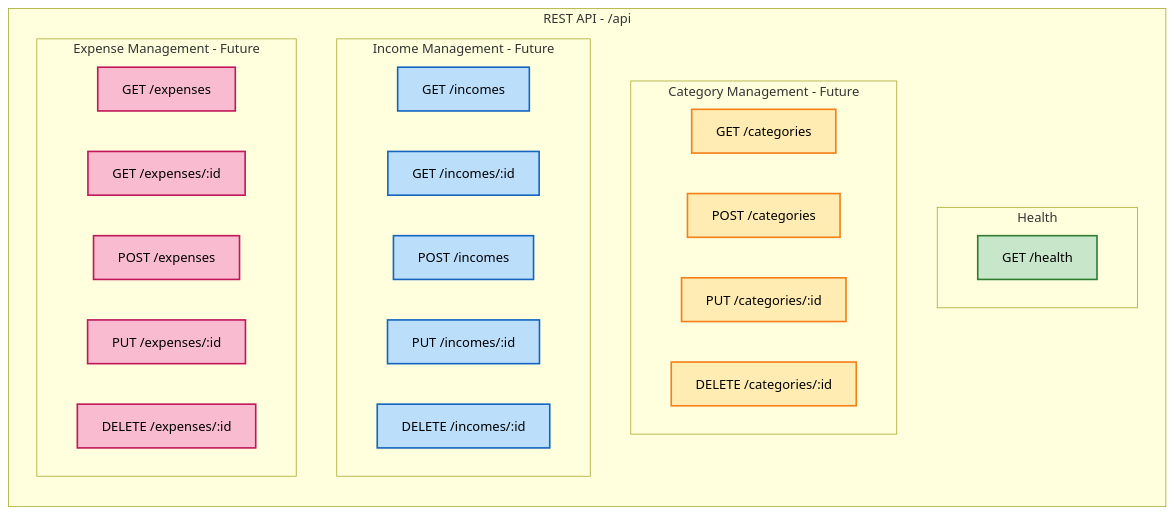
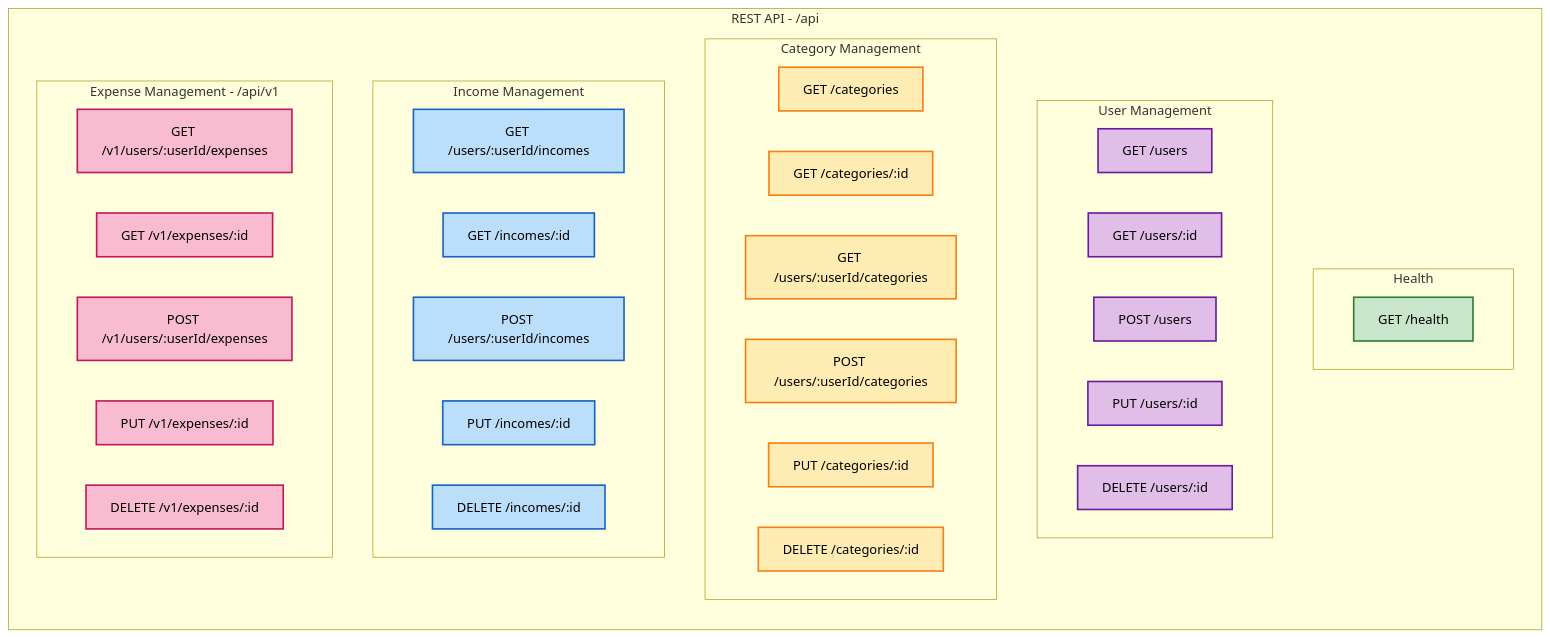
One commit to rogerbertan/jarvis-backend changed the fourth of 10 diagrams in SYSTEM_DESIGN.md. Above: the diagram before and after it, drawn with Mermaid. The commit also changed other lines of this file and 1 other file, not shown here.

````diff
--- a/SYSTEM_DESIGN.md
+++ b/SYSTEM_DESIGN.md
@@ -167,49 +184,66 @@
 ```mermaid
 graph TD
     subgraph "REST API - /api"
         direction TB
 
         subgraph "Health"
             H1[GET /health]
         end
 
-        subgraph "Category Management - Future"
-            C1[GET /categories]
-            C2[POST /categories]
-            C3[PUT /categories/:id]
-            C4[DELETE /categories/:id]
+        subgraph "User Management"
+            U1[GET /users]
+            U2[GET /users/:id]
+            U3[POST /users]
+            U4[PUT /users/:id]
+            U5[DELETE /users/:id]
         end
 
-        subgraph "Income Management - Future"
-            I1[GET /incomes]
+        subgraph "Category Management"
+            C1[GET /categories]
+            C2[GET /categories/:id]
+            C3[GET /users/:userId/categories]
+            C4[POST /users/:userId/categories]
+            C5[PUT /categories/:id]
+            C6[DELETE /categories/:id]
+        end
+
+        subgraph "Income Management"
+            I1[GET /users/:userId/incomes]
             I2[GET /incomes/:id]
-            I3[POST /incomes]
+            I3[POST /users/:userId/incomes]
             I4[PUT /incomes/:id]
             I5[DELETE /incomes/:id]
         end
 
-        subgraph "Expense Management - Future"
-            E1[GET /expenses]
-            E2[GET /expenses/:id]
-            E3[POST /expenses]
-            E4[PUT /expenses/:id]
-            E5[DELETE /expenses/:id]
+        subgraph "Expense Management - /api/v1"
+            E1[GET /v1/users/:userId/expenses]
+            E2[GET /v1/expenses/:id]
+            E3[POST /v1/users/:userId/expenses]
+            E4[PUT /v1/expenses/:id]
+            E5[DELETE /v1/expenses/:id]
         end
     end
 
     style H1 fill:#c8e6c9,stroke:#2e7d32,stroke-width:2px,color:#000
+    style U1 fill:#e1bee7,stroke:#6a1b9a,stroke-width:2px,color:#000
+    style U2 fill:#e1bee7,stroke:#6a1b9a,stroke-width:2px,color:#000
+    style U3 fill:#e1bee7,stroke:#6a1b9a,stroke-width:2px,color:#000
+    style U4 fill:#e1bee7,stroke:#6a1b9a,stroke-width:2px,color:#000
+    style U5 fill:#e1bee7,stroke:#6a1b9a,stroke-width:2px,color:#000
     style C1 fill:#ffecb3,stroke:#f57f17,stroke-width:2px,color:#000
     style C2 fill:#ffecb3,stroke:#f57f17,stroke-width:2px,color:#000
     style C3 fill:#ffecb3,stroke:#f57f17,stroke-width:2px,color:#000
     style C4 fill:#ffecb3,stroke:#f57f17,stroke-width:2px,color:#000
+    style C5 fill:#ffecb3,stroke:#f57f17,stroke-width:2px,color:#000
+    style C6 fill:#ffecb3,stroke:#f57f17,stroke-width:2px,color:#000
     style I1 fill:#bbdefb,stroke:#1565c0,stroke-width:2px,color:#000
     style I2 fill:#bbdefb,stroke:#1565c0,stroke-width:2px,color:#000
     style I3 fill:#bbdefb,stroke:#1565c0,stroke-width:2px,color:#000
     style I4 fill:#bbdefb,stroke:#1565c0,stroke-width:2px,color:#000
     style I5 fill:#bbdefb,stroke:#1565c0,stroke-width:2px,color:#000
     style E1 fill:#f8bbd0,stroke:#c2185b,stroke-width:2px,color:#000
     style E2 fill:#f8bbd0,stroke:#c2185b,stroke-width:2px,color:#000
     style E3 fill:#f8bbd0,stroke:#c2185b,stroke-width:2px,color:#000
     style E4 fill:#f8bbd0,stroke:#c2185b,stroke-width:2px,color:#000
     style E5 fill:#f8bbd0,stroke:#c2185b,stroke-width:2px,color:#000
 ```
````
